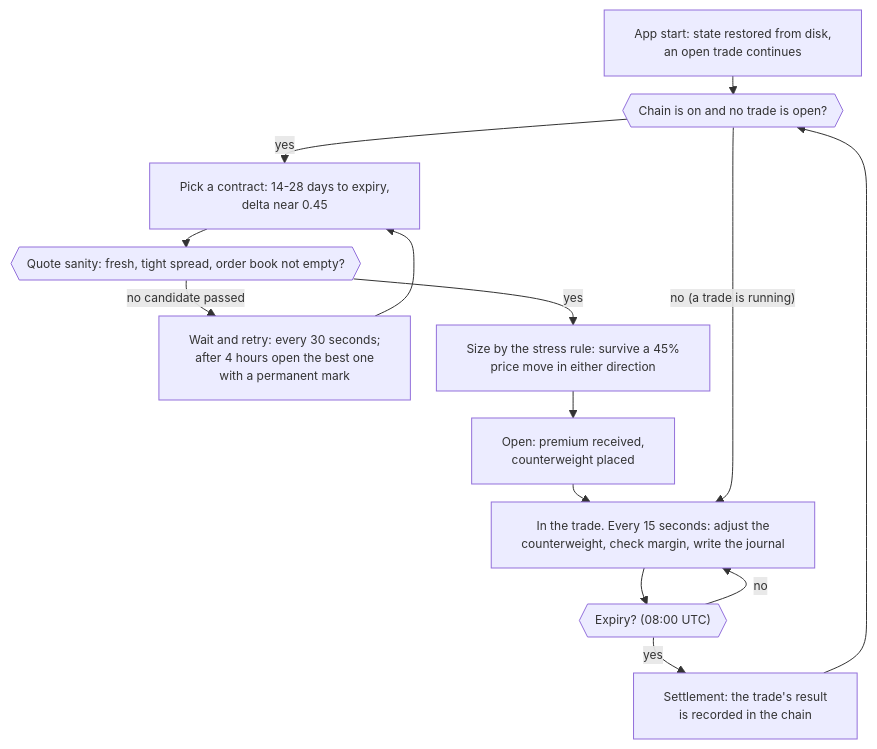
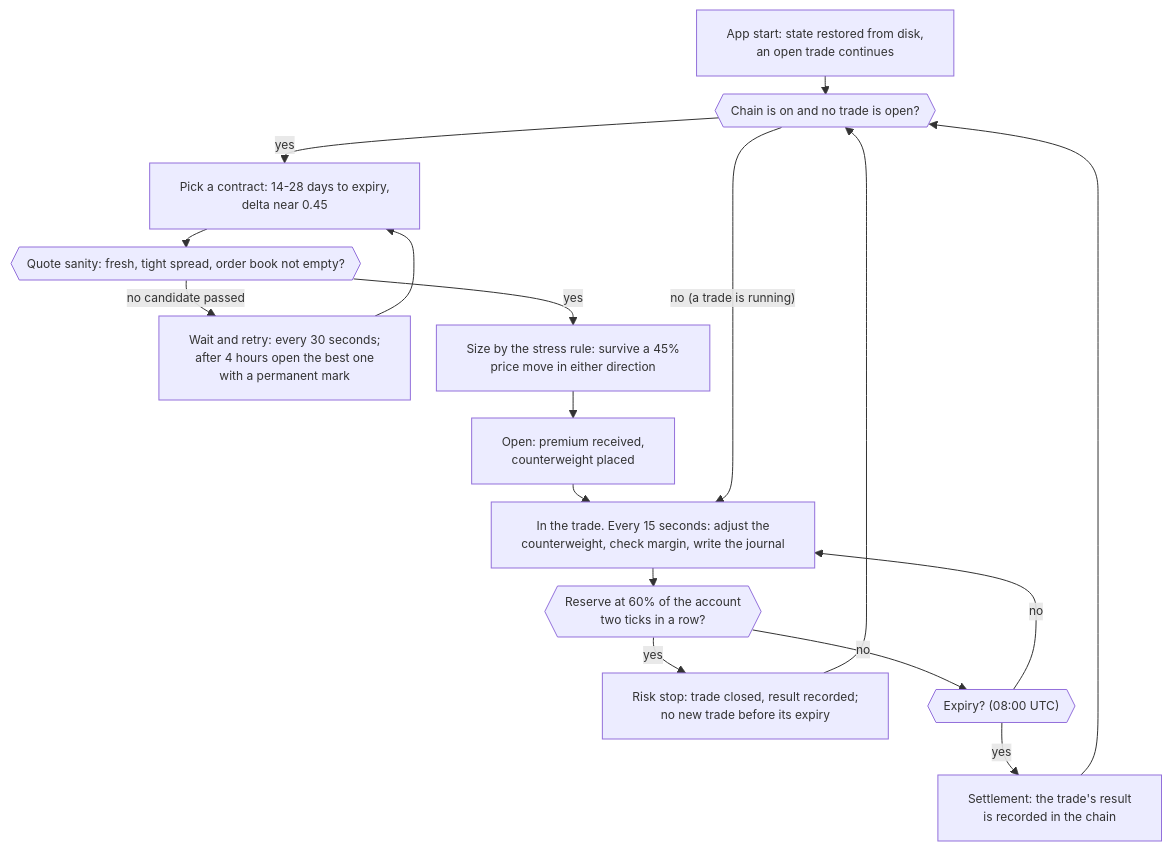
The first of 6 diagrams in botLab-desktop/docs/bot2-btc-options-how-it-works.en.md (hamiltonalex/botLab), drawn with Mermaid before and after one commit. The commit also changed other lines of this file and 3 other files, not shown here.

````diff
--- a/botLab-desktop/docs/bot2-btc-options-how-it-works.en.md
+++ b/botLab-desktop/docs/bot2-btc-options-how-it-works.en.md
@@ -39,17 +39,20 @@
 ```mermaid
 %%{init: {"themeVariables": {"fontSize": "12px"}, "flowchart": {"nodeSpacing": 26, "rankSpacing": 18, "diagramPadding": 4, "wrappingWidth": 380}}}%%
 flowchart TD
     A["App start: state restored from disk,<br/>an open trade continues"] --> B{{"Chain is on and no trade is open?"}}
     B -- "yes" --> C["Pick a contract: 14-28 days to expiry,<br/>delta near 0.45"]
     C --> D{{"Quote sanity: fresh, tight spread, order book not empty?"}}
     D -- "no candidate passed" --> W["Wait and retry: every 30 seconds;<br/>after 4 hours open the best one<br/>with a permanent mark"]
     W --> C
     D -- "yes" --> E["Size by the stress rule: survive a 45%<br/>price move in either direction"]
     E --> F["Open: premium received,<br/>counterweight placed"]
     F --> G["In the trade. Every 15 seconds: adjust the<br/>counterweight, check margin, write the journal"]
-    G --> H{{"Expiry? (08:00 UTC)"}}
+    G --> S{{"Reserve at 60% of the account<br/>two ticks in a row?"}}
+    S -- "yes" --> X["Risk stop: trade closed, result recorded;<br/>no new trade before its expiry"]
+    X --> B
+    S -- "no" --> H{{"Expiry? (08:00 UTC)"}}
     H -- "no" --> G
     H -- "yes" --> I["Settlement: the trade's result<br/>is recorded in the chain"]
     I --> B
     B -- "no (a trade is running)" --> G
 ```
````
